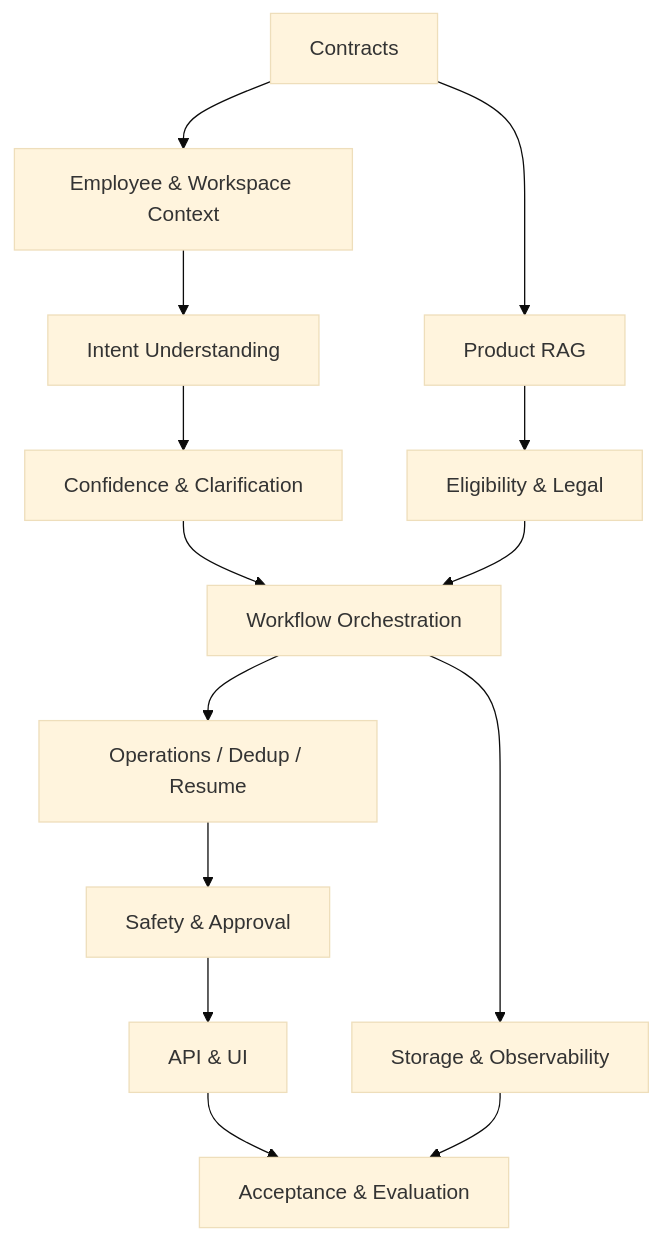
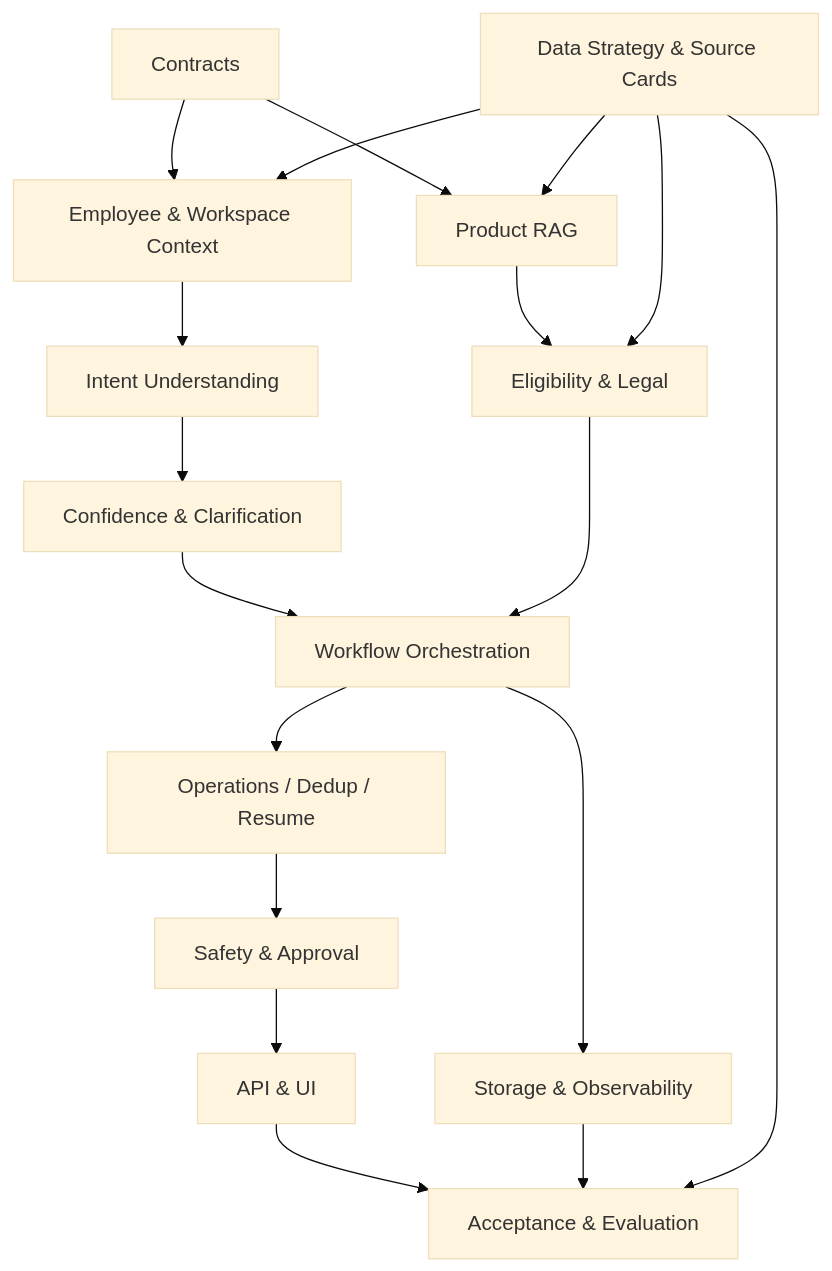
One commit to ShayNeeo/VAIC2026 changed the diagram in plan_v2/INDEX.md. Above: the diagram before and after it, drawn with Mermaid (base theme). The commit also changed other lines of this file and 290 other files, not shown here.

````diff
--- a/plan_v2/INDEX.md
+++ b/plan_v2/INDEX.md
@@ -75,16 +77,20 @@
 ```mermaid
 graph TD
     Contracts[Contracts] --> Context[Employee & Workspace Context]
     Context --> Intent[Intent Understanding]
     Intent --> Confidence[Confidence & Clarification]
     Contracts --> RAG[Product RAG]
     RAG --> Eligibility[Eligibility & Legal]
     Confidence --> Workflow[Workflow Orchestration]
     Eligibility --> Workflow
     Workflow --> Operations[Operations / Dedup / Resume]
     Operations --> Safety[Safety & Approval]
     Safety --> API[API & UI]
     Workflow --> Storage[Storage & Observability]
     API --> Eval[Acceptance & Evaluation]
     Storage --> Eval
+    Data[Data Strategy & Source Cards] --> Context
+    Data --> RAG
+    Data --> Eligibility
+    Data --> Eval
 ```
````
